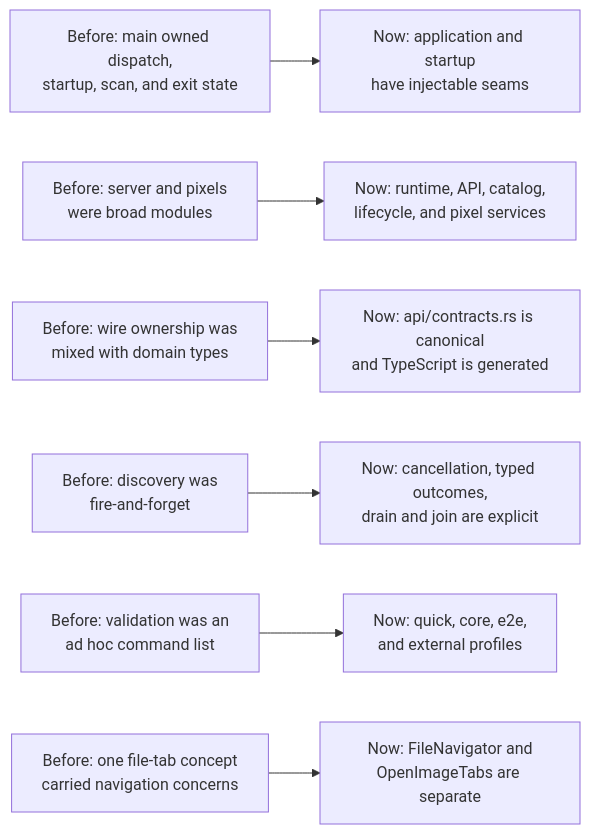
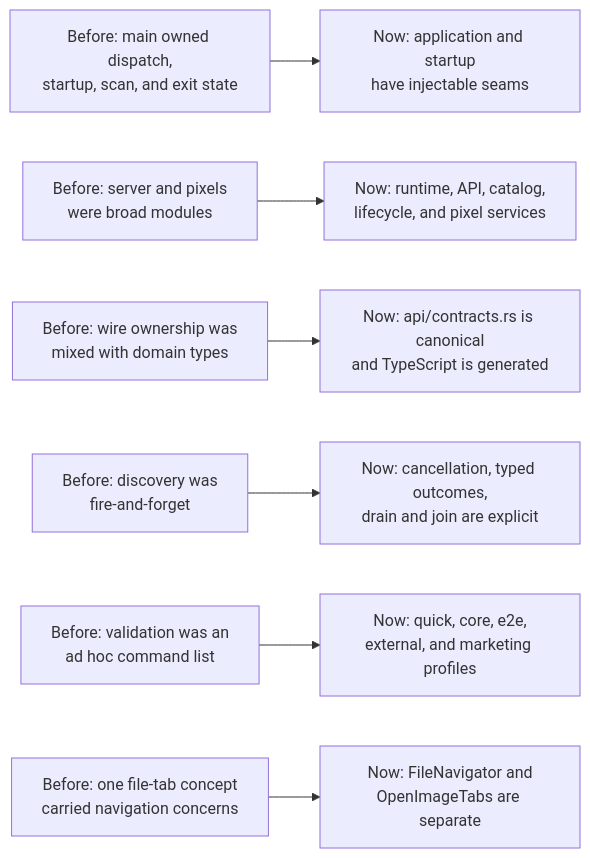
One commit to beatrice-b-m/dcm-view changed the fourth of 4 diagrams in docs/architecture.md. Above: the diagram before and after it, drawn with Mermaid. The commit also changed other lines of this file and 4 other files, not shown here.

````diff
--- a/docs/architecture.md
+++ b/docs/architecture.md
@@ -408,9 +410,9 @@
 ```mermaid
 flowchart LR
     oldmain["Before: main owned dispatch,<br/>startup, scan, and exit state"] --> newmain["Now: application and startup<br/>have injectable seams"]
     oldserver["Before: server and pixels<br/>were broad modules"] --> newserver["Now: runtime, API, catalog,<br/>lifecycle, and pixel services"]
     oldtypes["Before: wire ownership was<br/>mixed with domain types"] --> newtypes["Now: api/contracts.rs is canonical<br/>and TypeScript is generated"]
     oldscan["Before: discovery was<br/>fire-and-forget"] --> newscan["Now: cancellation, typed outcomes,<br/>drain and join are explicit"]
-    oldchecks["Before: validation was an<br/>ad hoc command list"] --> newchecks["Now: quick, core, e2e,<br/>and external profiles"]
+    oldchecks["Before: validation was an<br/>ad hoc command list"] --> newchecks["Now: quick, core, e2e,<br/>external, and marketing profiles"]
     oldui["Before: one file-tab concept<br/>carried navigation concerns"] --> newui["Now: FileNavigator and<br/>OpenImageTabs are separate"]
 ```
````
